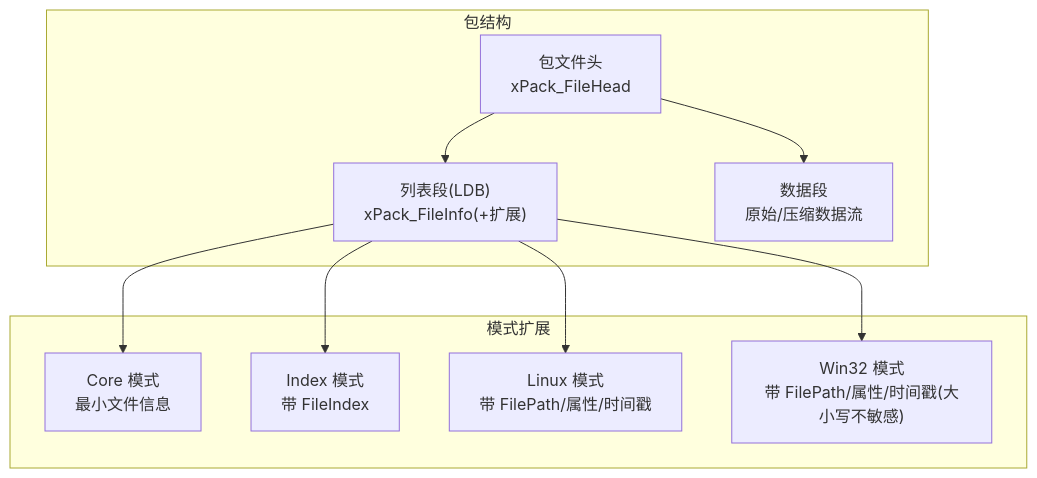
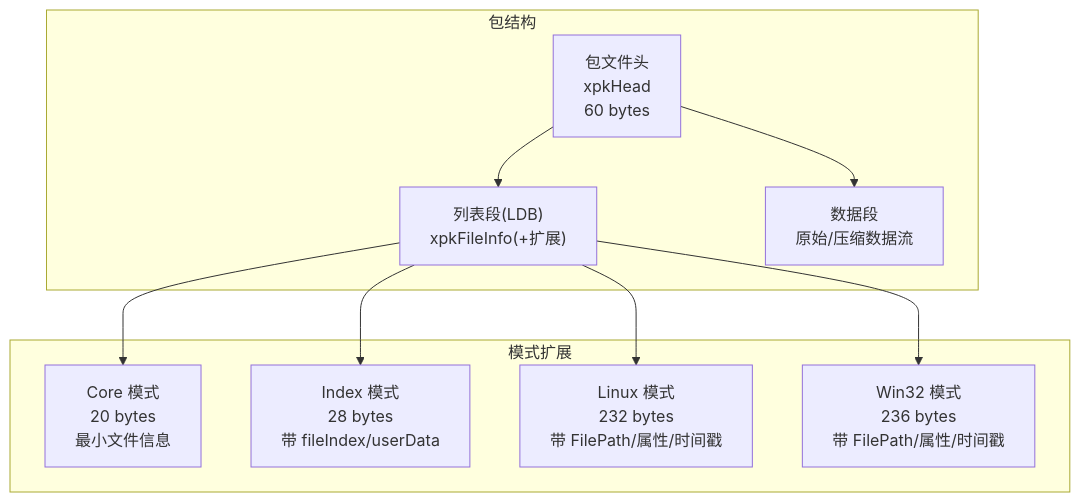
One commit to xywhsoft/xpack changed the second of 7 diagrams in .qoder/repowiki/zh/content/文件包模式详解/文件包模式详解.md. Above: the diagram before and after it, drawn with Mermaid. The commit also changed other lines of this file and 23 other files, not shown here.

````diff
--- a/.qoder/repowiki/zh/content/文件包模式详解/文件包模式详解.md
+++ b/.qoder/repowiki/zh/content/文件包模式详解/文件包模式详解.md
@@ -86,20 +114,20 @@
 ```mermaid
 graph TB
 subgraph "包结构"
-FH["包文件头<br/>xPack_FileHead"]
-LDB["列表段(LDB)<br/>xPack_FileInfo(+扩展)"]
+FH["包文件头<br/>xpkHead<br/>60 bytes"]
+LDB["列表段(LDB)<br/>xpkFileInfo(+扩展)"]
 DATA["数据段<br/>原始/压缩数据流"]
 end
 FH --> LDB
 FH --> DATA
 subgraph "模式扩展"
-CORE["Core 模式<br/>最小文件信息"]
-IDX["Index 模式<br/>带 FileIndex"]
-LIN["Linux 模式<br/>带 FilePath/属性/时间戳"]
-WIN["Win32 模式<br/>带 FilePath/属性/时间戳(大小写不敏感)"]
+CORE["Core 模式<br/>20 bytes<br/>最小文件信息"]
+IDX["Index 模式<br/>28 bytes<br/>带 fileIndex/userData"]
+LIN["Linux 模式<br/>232 bytes<br/>带 FilePath/属性/时间戳"]
+WIN["Win32 模式<br/>236 bytes<br/>带 FilePath/属性/时间戳"]
 end
 LDB --> CORE
 LDB --> IDX
 LDB --> LIN
 LDB --> WIN
 ```
````
